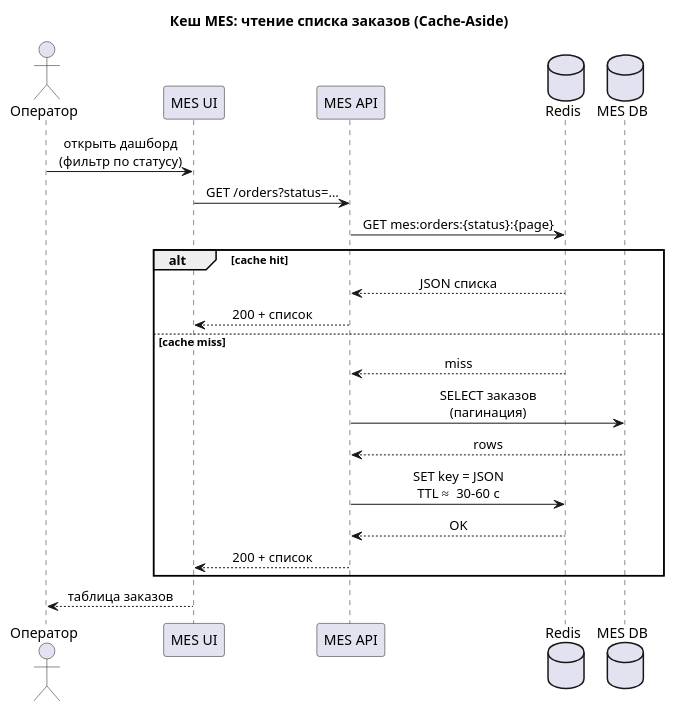
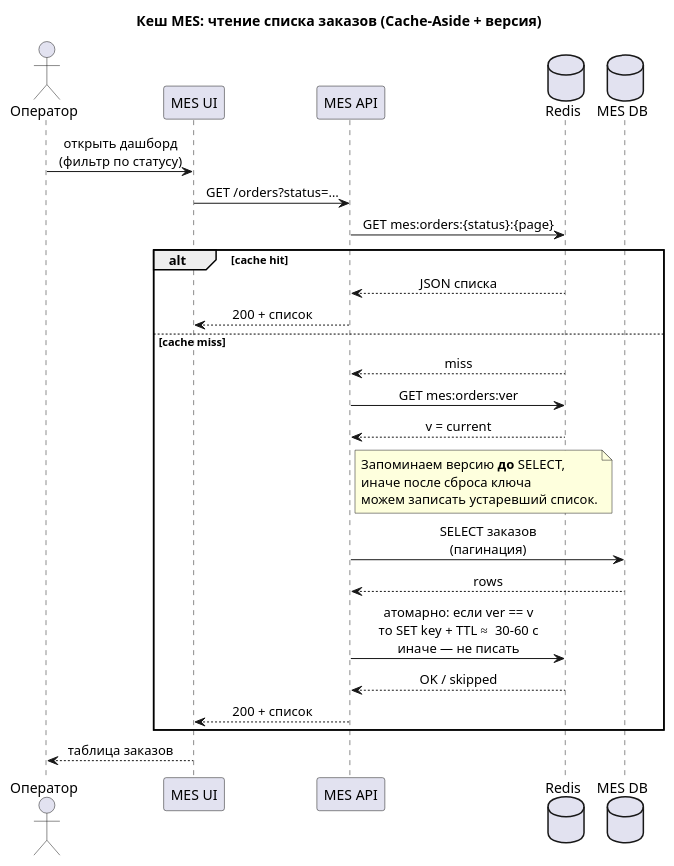
The diagram in Task5/c4/01-read-orders.puml (Dima-Karpov/architecture-pro-alexandrite), drawn with PlantUML before and after one commit. The commit also changed 7 other files, not shown here.

```diff
--- a/Task5/c4/01-read-orders.puml
+++ b/Task5/c4/01-read-orders.puml
@@ -1,30 +1,37 @@
 @startuml
-title Кеш MES: чтение списка заказов (Cache-Aside)
+title Кеш MES: чтение списка заказов (Cache-Aside + версия)
 skinparam sequenceMessageAlign center
 skinparam responseMessageBelowArrow true
-skinparam maxMessageSize 200
+skinparam maxMessageSize 220
 
 actor "Оператор" as Op
 participant "MES UI" as UI
 participant "MES API" as API
 database "Redis" as Redis
 database "MES DB" as DB
 
 Op -> UI: открыть дашборд\n(фильтр по статусу)
 UI -> API: GET /orders?status=…
 
 API -> Redis: GET mes:orders:{status}:{page}
 alt cache hit
   Redis --> API: JSON списка
   API --> UI: 200 + список
 else cache miss
   Redis --> API: miss
+  API -> Redis: GET mes:orders:ver
+  Redis --> API: v = current
+  note right of API
+    Запоминаем версию **до** SELECT,
+    иначе после сброса ключа
+    можем записать устаревший список.
+  end note
   API -> DB: SELECT заказов\n(пагинация)
   DB --> API: rows
-  API -> Redis: SET key = JSON\nTTL ≈ 30–60 с
-  Redis --> API: OK
+  API -> Redis: атомарно: если ver == v\nто SET key + TTL ≈ 30–60 с\nиначе — не писать
+  Redis --> API: OK / skipped
   API --> UI: 200 + список
 end
 
 UI --> Op: таблица заказов
 @enduml
```
